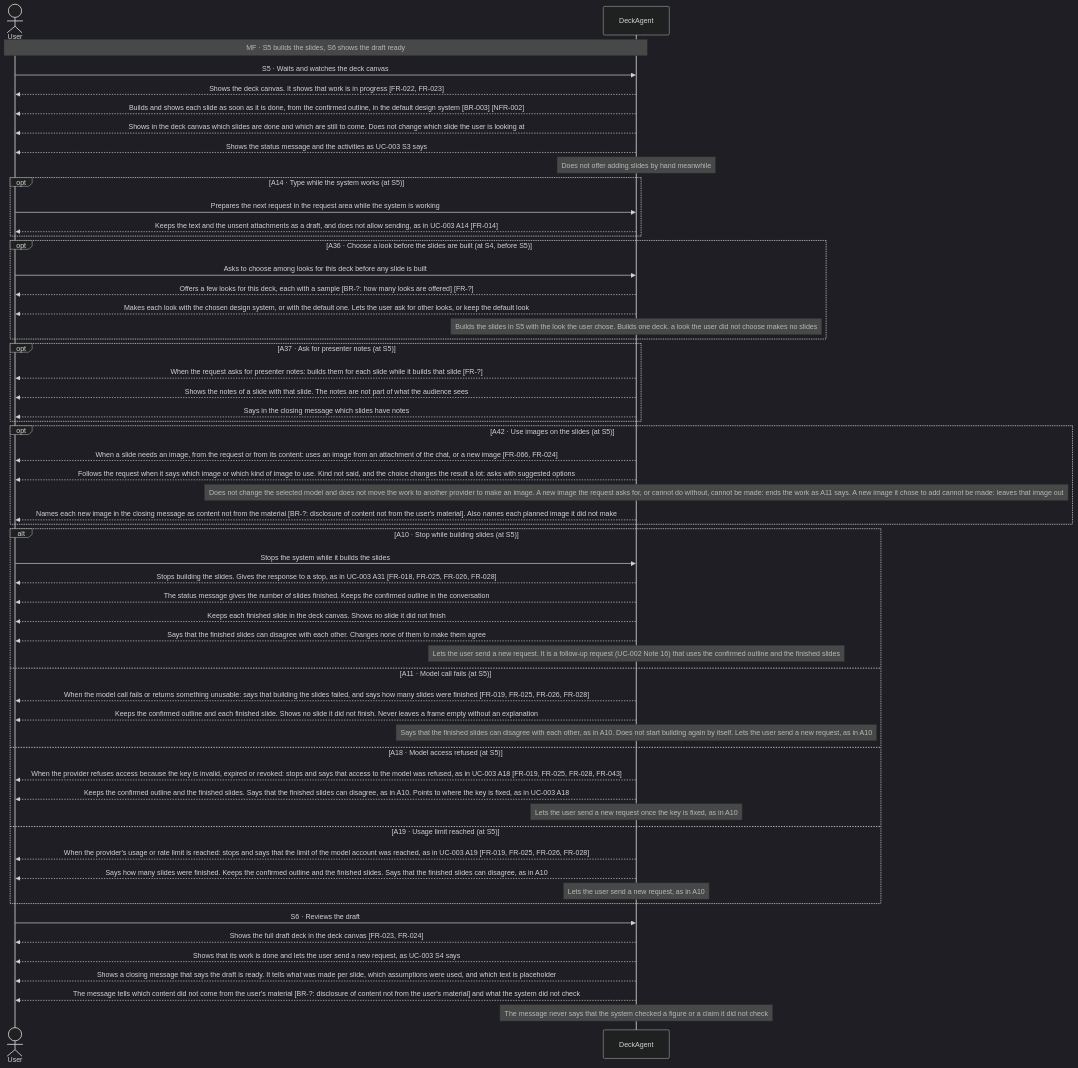
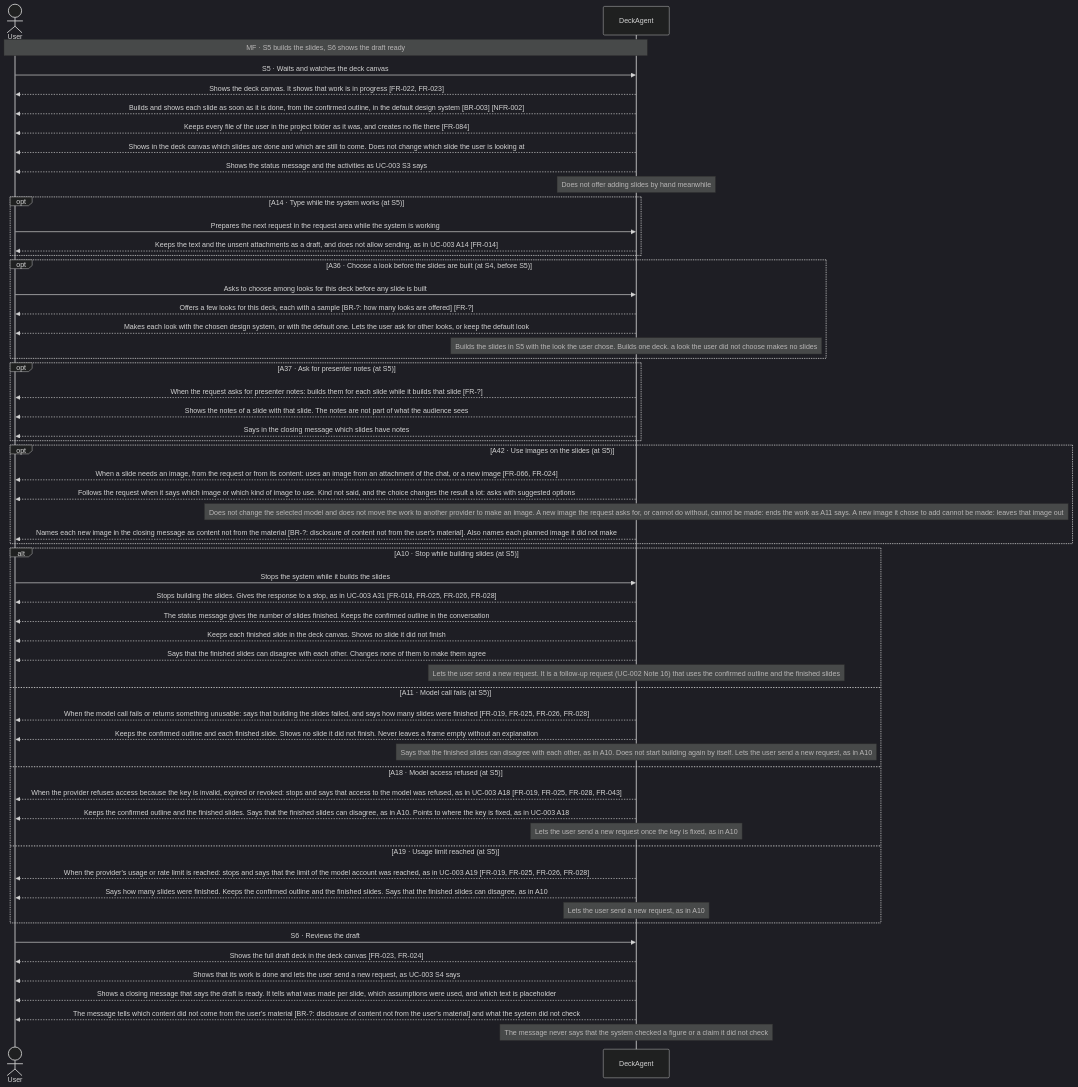
Before and after one commit to Luke23127006/DeckAgent: the fifth of 5 diagrams in docs/spec/03-use-cases/UC-001.md, drawn with Mermaid (dark theme). The commit also changed 31 other files, not shown here.

````diff
--- a/docs/spec/03-use-cases/UC-001.md
+++ b/docs/spec/03-use-cases/UC-001.md
@@ -174,59 +174,60 @@
 ```mermaid
 sequenceDiagram
     actor User
     participant DeckAgent
     Note over User,DeckAgent: MF · S5 builds the slides, S6 shows the draft ready
     User->>DeckAgent: S5 · Waits and watches the deck canvas
     DeckAgent-->>User: Shows the deck canvas. It shows that work is in progress [FR-022, FR-023]
     DeckAgent-->>User: Builds and shows each slide as soon as it is done, from the confirmed outline, in the default design system [BR-003] [NFR-002]
+    DeckAgent-->>User: Keeps every file of the user in the project folder as it was, and creates no file there [FR-084]
     DeckAgent-->>User: Shows in the deck canvas which slides are done and which are still to come. Does not change which slide the user is looking at
     DeckAgent-->>User: Shows the status message and the activities as UC-003 S3 says
     note over DeckAgent: Does not offer adding slides by hand meanwhile
     opt A14 · Type while the system works (at S5)
         User->>DeckAgent: Prepares the next request in the request area while the system is working
         DeckAgent-->>User: Keeps the text and the unsent attachments as a draft, and does not allow sending, as in UC-003 A14 [FR-014]
     end
     opt A36 · Choose a look before the slides are built (at S4, before S5)
         User->>DeckAgent: Asks to choose among looks for this deck before any slide is built
         DeckAgent-->>User: Offers a few looks for this deck, each with a sample [BR-?: how many looks are offered] [FR-?]
         DeckAgent-->>User: Makes each look with the chosen design system, or with the default one. Lets the user ask for other looks, or keep the default look
         note over DeckAgent: Builds the slides in S5 with the look the user chose. Builds one deck. a look the user did not choose makes no slides
     end
     opt A37 · Ask for presenter notes (at S5)
         DeckAgent-->>User: When the request asks for presenter notes: builds them for each slide while it builds that slide [FR-?]
         DeckAgent-->>User: Shows the notes of a slide with that slide. The notes are not part of what the audience sees
         DeckAgent-->>User: Says in the closing message which slides have notes
     end
     opt A42 · Use images on the slides (at S5)
         DeckAgent-->>User: When a slide needs an image, from the request or from its content: uses an image from an attachment of the chat, or a new image [FR-066, FR-024]
         DeckAgent-->>User: Follows the request when it says which image or which kind of image to use. Kind not said, and the choice changes the result a lot: asks with suggested options
         note over DeckAgent: Does not change the selected model and does not move the work to another provider to make an image. A new image the request asks for, or cannot do without, cannot be made: ends the work as A11 says. A new image it chose to add cannot be made: leaves that image out
         DeckAgent-->>User: Names each new image in the closing message as content not from the material [BR-?: disclosure of content not from the user's material]. Also names each planned image it did not make
     end
     alt A10 · Stop while building slides (at S5)
         User->>DeckAgent: Stops the system while it builds the slides
         DeckAgent-->>User: Stops building the slides. Gives the response to a stop, as in UC-003 A31 [FR-018, FR-025, FR-026, FR-028]
         DeckAgent-->>User: The status message gives the number of slides finished. Keeps the confirmed outline in the conversation
         DeckAgent-->>User: Keeps each finished slide in the deck canvas. Shows no slide it did not finish
         DeckAgent-->>User: Says that the finished slides can disagree with each other. Changes none of them to make them agree
         note over DeckAgent: Lets the user send a new request. It is a follow-up request (UC-002 Note 16) that uses the confirmed outline and the finished slides
     else A11 · Model call fails (at S5)
         DeckAgent-->>User: When the model call fails or returns something unusable: says that building the slides failed, and says how many slides were finished [FR-019, FR-025, FR-026, FR-028]
         DeckAgent-->>User: Keeps the confirmed outline and each finished slide. Shows no slide it did not finish. Never leaves a frame empty without an explanation
         note over DeckAgent: Says that the finished slides can disagree with each other, as in A10. Does not start building again by itself. Lets the user send a new request, as in A10
     else A18 · Model access refused (at S5)
         DeckAgent-->>User: When the provider refuses access because the key is invalid, expired or revoked: stops and says that access to the model was refused, as in UC-003 A18 [FR-019, FR-025, FR-028, FR-043]
         DeckAgent-->>User: Keeps the confirmed outline and the finished slides. Says that the finished slides can disagree, as in A10. Points to where the key is fixed, as in UC-003 A18
         note over DeckAgent: Lets the user send a new request once the key is fixed, as in A10
     else A19 · Usage limit reached (at S5)
         DeckAgent-->>User: When the provider's usage or rate limit is reached: stops and says that the limit of the model account was reached, as in UC-003 A19 [FR-019, FR-025, FR-026, FR-028]
         DeckAgent-->>User: Says how many slides were finished. Keeps the confirmed outline and the finished slides. Says that the finished slides can disagree, as in A10
         note over DeckAgent: Lets the user send a new request, as in A10
     end
     User->>DeckAgent: S6 · Reviews the draft
     DeckAgent-->>User: Shows the full draft deck in the deck canvas [FR-023, FR-024]
     DeckAgent-->>User: Shows that its work is done and lets the user send a new request, as UC-003 S4 says
     DeckAgent-->>User: Shows a closing message that says the draft is ready. It tells what was made per slide, which assumptions were used, and which text is placeholder
     DeckAgent-->>User: The message tells which content did not come from the user's material [BR-?: disclosure of content not from the user's material] and what the system did not check
     note over DeckAgent: The message never says that the system checked a figure or a claim it did not check
 ```
````
